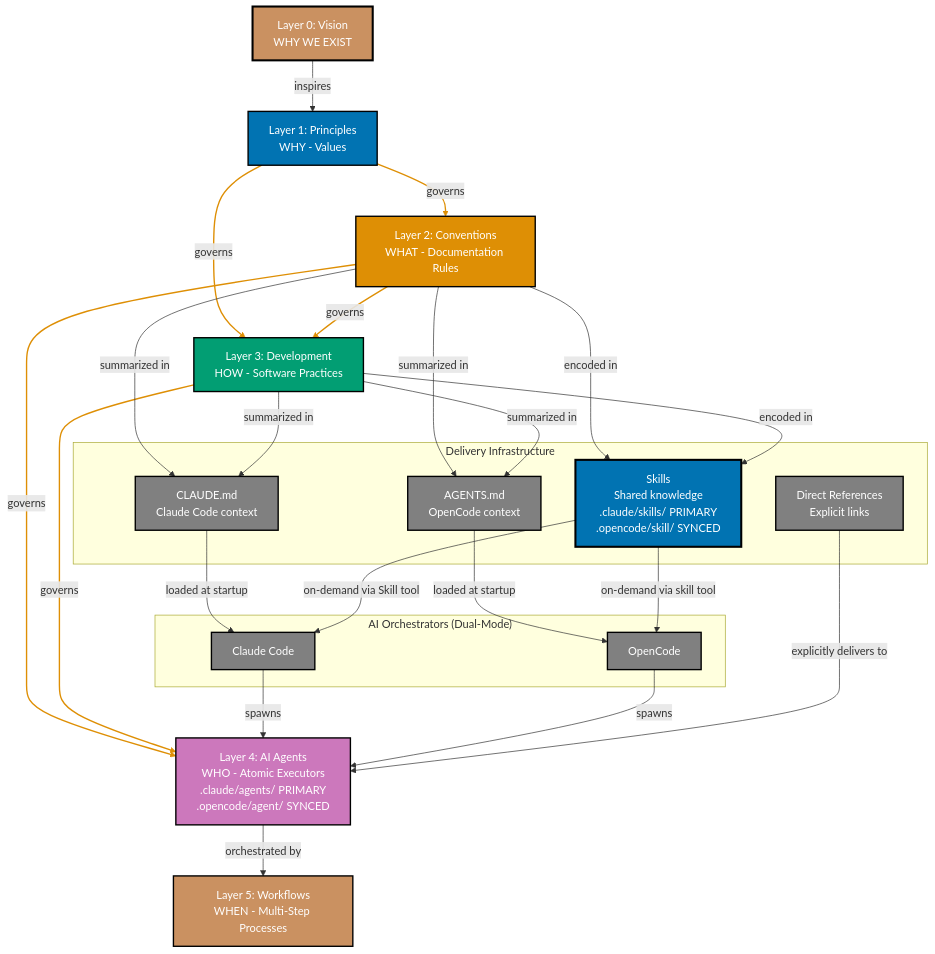
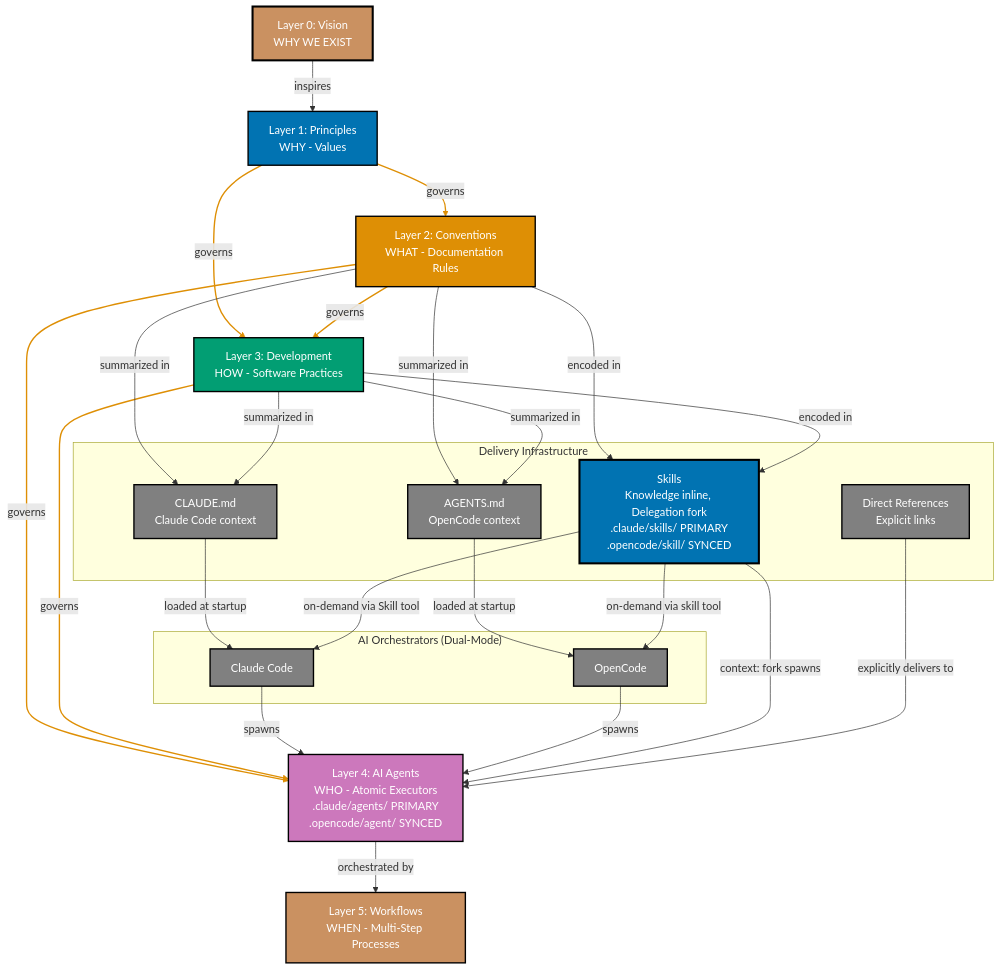
The diagram in governance/repository-governance-architecture.md (wahidyankf/open-sharia-enterprise), drawn with Mermaid before and after one commit. The commit also changed other lines of this file and 3 other files, not shown here.

First line of the commit message:
docs(architecture): clarify skills as delivery infrastructure with dual modes

````diff
--- a/governance/repository-governance-architecture.md
+++ b/governance/repository-governance-architecture.md
@@ -32,59 +32,60 @@
 ```mermaid
 %% Color Palette: Blue #0173B2, Orange #DE8F05, Teal #029E73, Purple #CC78BC, Brown #CA9161, Gray #808080
 graph TD
     L0[Layer 0: Vision<br/>WHY WE EXIST]
     L1[Layer 1: Principles<br/>WHY - Values]
     L2[Layer 2: Conventions<br/>WHAT - Documentation Rules]
     L3[Layer 3: Development<br/>HOW - Software Practices]
     L4[Layer 4: AI Agents<br/>WHO - Atomic Executors<br/>.claude/agents/ PRIMARY<br/>.opencode/agent/ SYNCED]
     L5[Layer 5: Workflows<br/>WHEN - Multi-Step Processes]
 
     subgraph Orchestrators["AI Orchestrators (Dual-Mode)"]
         CC[Claude Code]
         OC[OpenCode]
     end
 
     subgraph Delivery["Delivery Infrastructure"]
         CM[CLAUDE.md<br/>Claude Code context]
         AM[AGENTS.md<br/>OpenCode context]
-        SK[Skills<br/>Shared knowledge<br/>.claude/skills/ PRIMARY<br/>.opencode/skill/ SYNCED]
+        SK[Skills<br/>Knowledge inline, Delegation fork<br/>.claude/skills/ PRIMARY<br/>.opencode/skill/ SYNCED]
         DR[Direct References<br/>Explicit links]
     end
 
     L0 -->|inspires| L1
     L1 ==>|governs| L2
     L1 ==>|governs| L3
     L2 ==>|governs| L3
     L2 ==>|governs| L4
     L3 ==>|governs| L4
     L4 -->|orchestrated by| L5
 
     L2 -->|summarized in| CM
     L2 -->|summarized in| AM
     L2 -->|encoded in| SK
     L3 -->|summarized in| CM
     L3 -->|summarized in| AM
     L3 -->|encoded in| SK
     CM -->|loaded at startup| CC
     AM -->|loaded at startup| OC
     CC -->|spawns| L4
     OC -->|spawns| L4
     SK -->|on-demand via Skill tool| CC
     SK -->|on-demand via skill tool| OC
+    SK -->|context: fork spawns| L4
     DR -->|explicitly delivers to| L4
 
     style L0 fill:#CA9161,stroke:#000000,color:#FFFFFF,stroke-width:3px
     style L1 fill:#0173B2,stroke:#000000,color:#FFFFFF,stroke-width:2px
     style L2 fill:#DE8F05,stroke:#000000,color:#FFFFFF,stroke-width:2px
     style L3 fill:#029E73,stroke:#000000,color:#FFFFFF,stroke-width:2px
     style L4 fill:#CC78BC,stroke:#000000,color:#FFFFFF,stroke-width:2px
     style L5 fill:#CA9161,stroke:#000000,color:#FFFFFF,stroke-width:2px
     style CC fill:#808080,stroke:#000000,color:#FFFFFF,stroke-width:2px
     style OC fill:#808080,stroke:#000000,color:#FFFFFF,stroke-width:2px
     style CM fill:#808080,stroke:#000000,color:#FFFFFF,stroke-width:2px
     style AM fill:#808080,stroke:#000000,color:#FFFFFF,stroke-width:2px
     style SK fill:#0173B2,stroke:#000000,color:#FFFFFF,stroke-width:3px
     style DR fill:#808080,stroke:#000000,color:#FFFFFF,stroke-width:2px
 
     linkStyle 1,2,3,4,5 stroke:#DE8F05,stroke-width:2px
 ```
````
